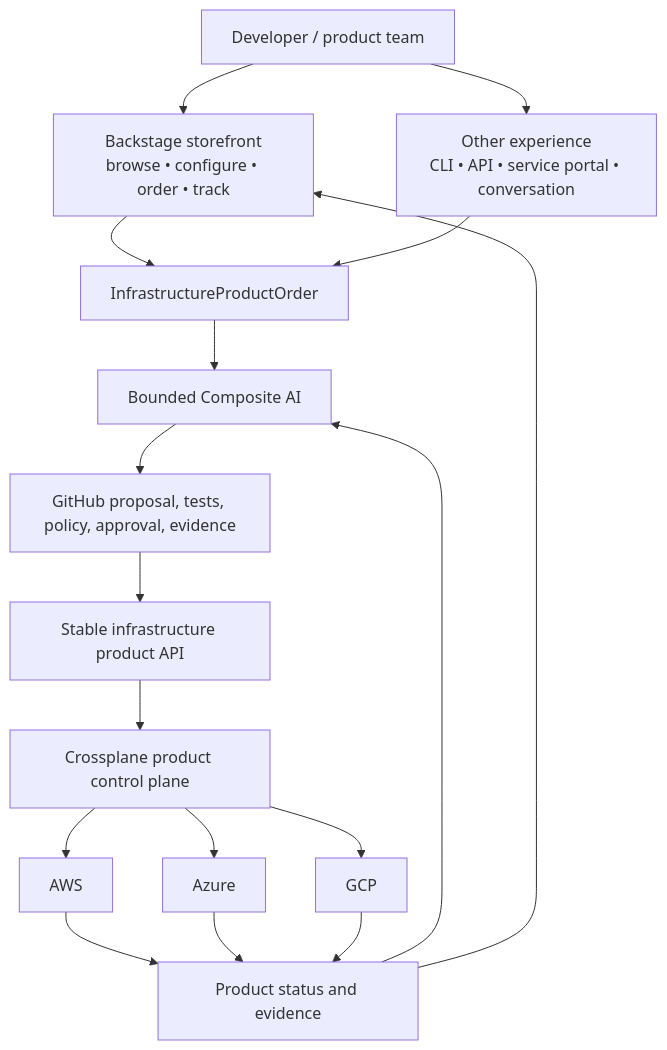
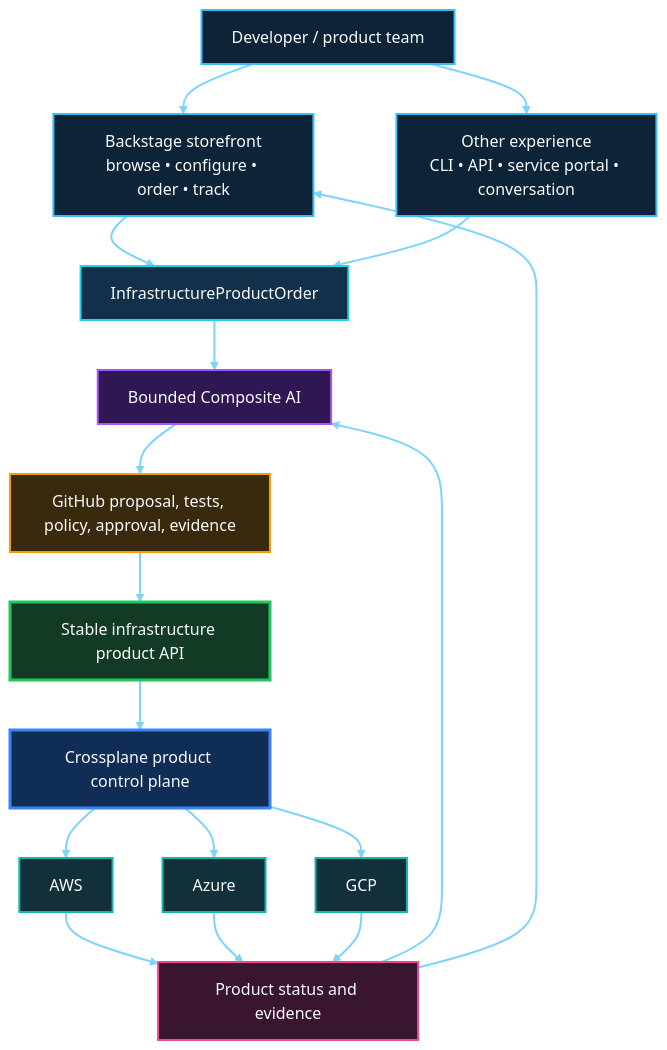
Before and after one commit to SAABOLImpactVenture/ai-powered-infrastructure-as-a-product: the first of 6 diagrams in README.md, drawn with Mermaid. The commit also changed other lines of this file and 5 other files, not shown here.

````diff
--- a/README.md
+++ b/README.md
@@ -67,32 +78,50 @@
 ```mermaid
 flowchart TB
   DEV[Developer / product team]
   STORE[Backstage storefront\nbrowse • configure • order • track]
   ALT[Other experience\nCLI • API • service portal • conversation]
   ORDER[InfrastructureProductOrder]
   AI[Bounded Composite AI]
   GIT[GitHub proposal, tests, policy, approval, evidence]
   API[Stable infrastructure product API]
   XP[Crossplane product control plane]
   AWS[AWS]
   AZ[Azure]
   GCP[GCP]
   STATUS[Product status and evidence]
 
   DEV --> STORE
   DEV --> ALT
   STORE --> ORDER
   ALT --> ORDER
   ORDER --> AI
   AI --> GIT
   GIT --> API
   API --> XP
   XP --> AWS
   XP --> AZ
   XP --> GCP
   AWS --> STATUS
   AZ --> STATUS
   GCP --> STATUS
   STATUS --> AI
   STATUS --> STORE
+
+  classDef experience fill:#0D2438,stroke:#38BDF8,stroke-width:2px,color:#F8FAFC
+  classDef intent fill:#12304A,stroke:#22D3EE,stroke-width:2px,color:#F8FAFC
+  classDef intelligence fill:#2E1752,stroke:#A855F7,stroke-width:2px,color:#F8FAFC
+  classDef governance fill:#3A2A0D,stroke:#F59E0B,stroke-width:2px,color:#F8FAFC
+  classDef contract fill:#123A24,stroke:#22C55E,stroke-width:3px,color:#F8FAFC
+  classDef control fill:#102D55,stroke:#3B82F6,stroke-width:3px,color:#F8FAFC
+  classDef cloud fill:#12303A,stroke:#14B8A6,stroke-width:2px,color:#F8FAFC
+  classDef evidence fill:#3A1530,stroke:#EC4899,stroke-width:2px,color:#F8FAFC
+  class DEV,STORE,ALT experience
+  class ORDER intent
+  class AI intelligence
+  class GIT governance
+  class API contract
+  class XP control
+  class AWS,AZ,GCP cloud
+  class STATUS evidence
+  linkStyle default stroke:#7DD3FC,stroke-width:2px
 ```
````
